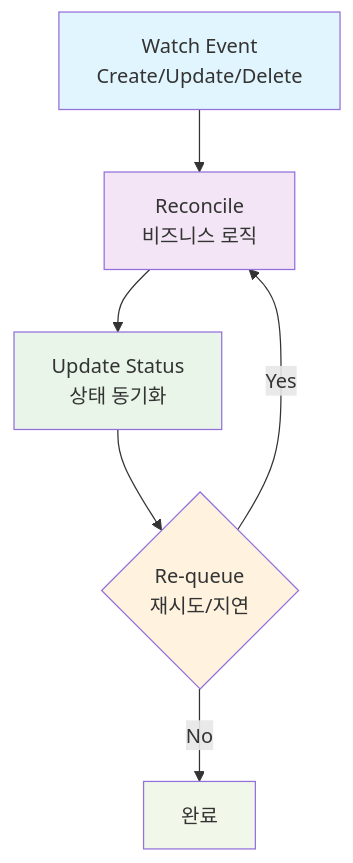
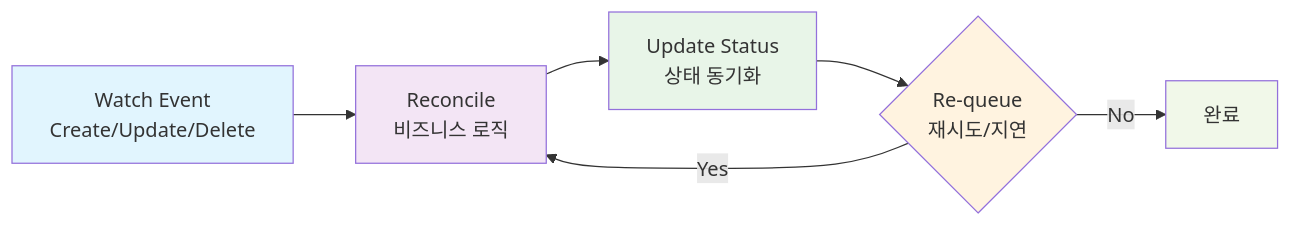
One commit to britko/CRD-study changed the diagram in docs/05-controller-development.md. Above: the diagram before and after it, drawn with Mermaid.

Commit message:
Reconcile 루프 박스 가로 구성으로 수정

````diff
--- a/docs/05-controller-development.md
+++ b/docs/05-controller-development.md
@@ -15,14 +15,14 @@
 ```mermaid
-flowchart TD
+flowchart LR
     A[Watch Event<br/>Create/Update/Delete] --> B[Reconcile<br/>비즈니스 로직]
     B --> C[Update Status<br/>상태 동기화]
     C --> D{Re-queue<br/>재시도/지연}
     D -->|Yes| B
     D -->|No| E[완료]
     
     style A fill:#e1f5fe
     style B fill:#f3e5f5
     style C fill:#e8f5e8
     style D fill:#fff3e0
     style E fill:#f1f8e9
 ```
````
